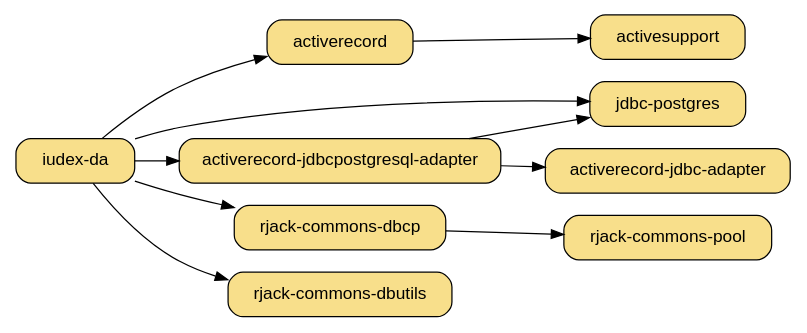
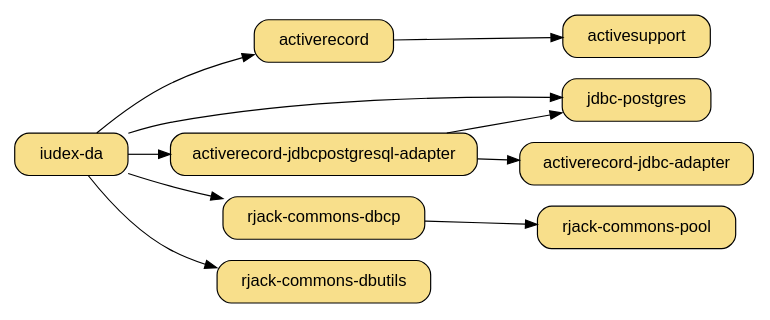
Before and after one commit to dekellum/iudex: the diagram in www/_dot/iudex-da.dot, drawn with Graphviz. The commit also changed 2 other files, not shown here.

```diff
--- a/www/_dot/iudex-da.dot
+++ b/www/_dot/iudex-da.dot
@@ -1,18 +1,18 @@
 digraph "iudex-da-gems" {
   rankdir=LR
-  size="5.5,5";
+  size="5.2,5";
   bgcolor="transparent";
   node [ shape=box, style="filled,rounded", fillcolor="#f8df8b", fontname="Arial",
          margin="0.30,0.1" ];
 
   "iudex-da" -> "activerecord" -> "activesupport"
   "iudex-da" -> "jdbc-postgres"
   "iudex-da" -> "activerecord-jdbcpostgresql-adapter"
   "iudex-da" -> "rjack-commons-dbcp"
   "iudex-da" -> "rjack-commons-dbutils"
 
   "rjack-commons-dbcp" -> "rjack-commons-pool";
 
   "activerecord-jdbcpostgresql-adapter" -> "activerecord-jdbc-adapter"
   "activerecord-jdbcpostgresql-adapter" -> "jdbc-postgres"
 }
```
